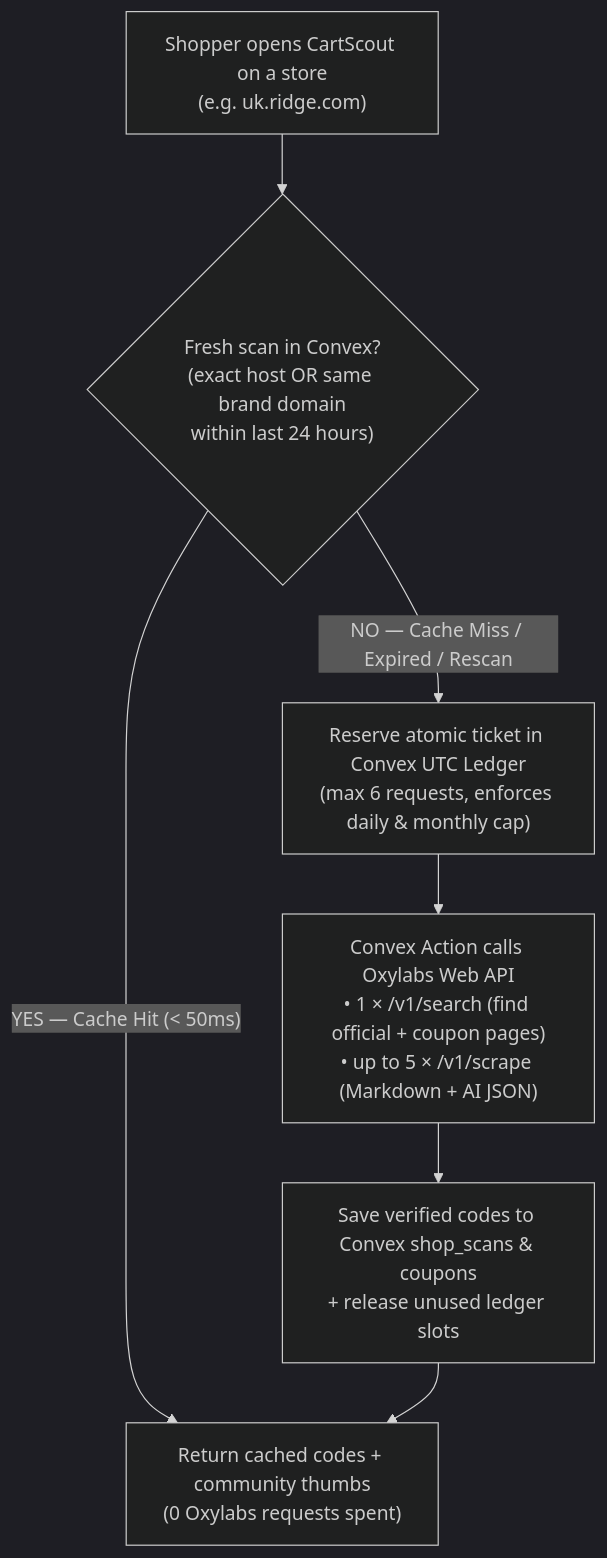
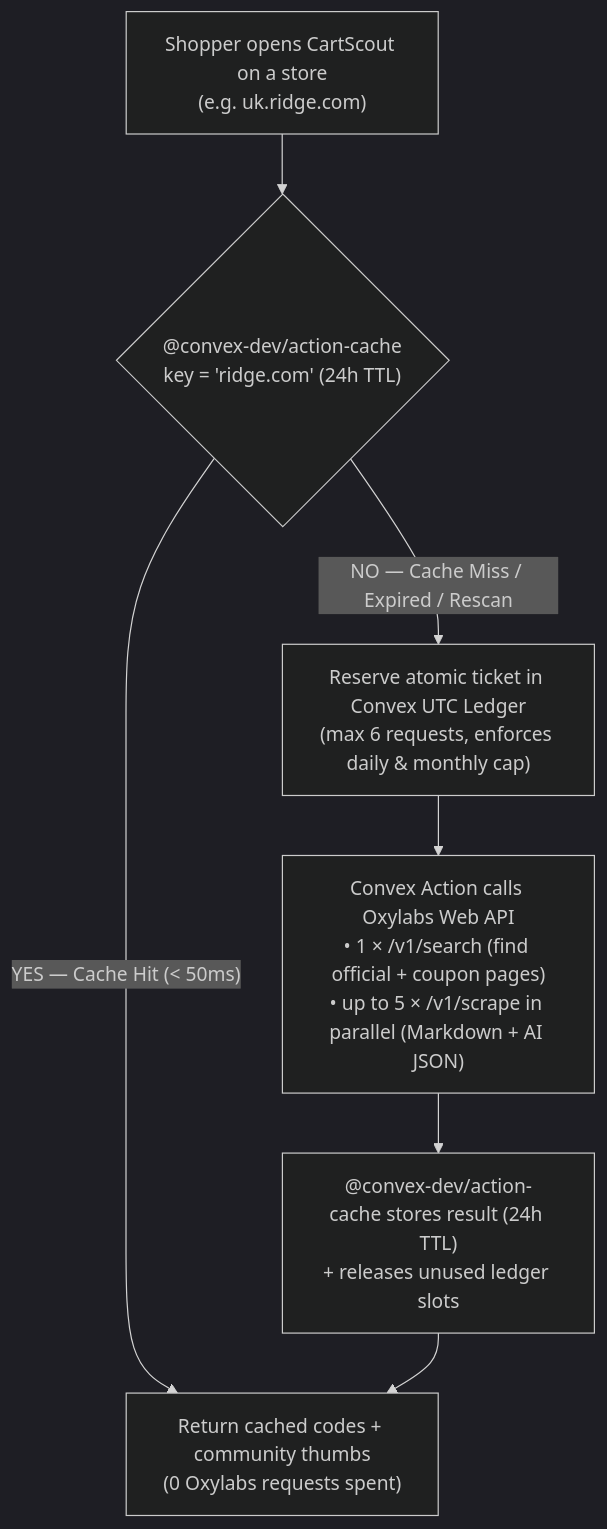
Before and after one commit to sonnysangha/cartscout: the third of 3 diagrams in README.md, drawn with Mermaid (dark theme). The commit also changed other lines of this file and 12 other files, not shown here.

Commit message:
Simplify 24h shop scan and 6h price caches using @convex-dev/action-cache

````diff
--- a/README.md
+++ b/README.md
@@ -51,12 +51,12 @@
 ```mermaid
 flowchart TD
   Open["Shopper opens CartScout on a store\n(e.g. uk.ridge.com)"]
-  Open --> CheckCache{"Fresh scan in Convex?\n(exact host OR same brand domain\nwithin last 24 hours)"}
+  Open --> CheckCache{"@convex-dev/action-cache\nkey = 'ridge.com' (24h TTL)"}
 
   CheckCache -->|"YES — Cache Hit (< 50ms)"| Fast["Return cached codes + community thumbs\n(0 Oxylabs requests spent)"]
 
   CheckCache -->|"NO — Cache Miss / Expired / Rescan"| Reserve["Reserve atomic ticket in Convex UTC Ledger\n(max 6 requests, enforces daily & monthly cap)"]
-  Reserve --> RunOxy["Convex Action calls Oxylabs Web API\n• 1 × /v1/search (find official + coupon pages)\n• up to 5 × /v1/scrape (Markdown + AI JSON)"]
-  RunOxy --> Save["Save verified codes to Convex shop_scans & coupons\n+ release unused ledger slots"]
+  Reserve --> RunOxy["Convex Action calls Oxylabs Web API\n• 1 × /v1/search (find official + coupon pages)\n• up to 5 × /v1/scrape in parallel (Markdown + AI JSON)"]
+  RunOxy --> Save["@convex-dev/action-cache stores result (24h TTL)\n+ releases unused ledger slots"]
   Save --> Fast
 ```
````
